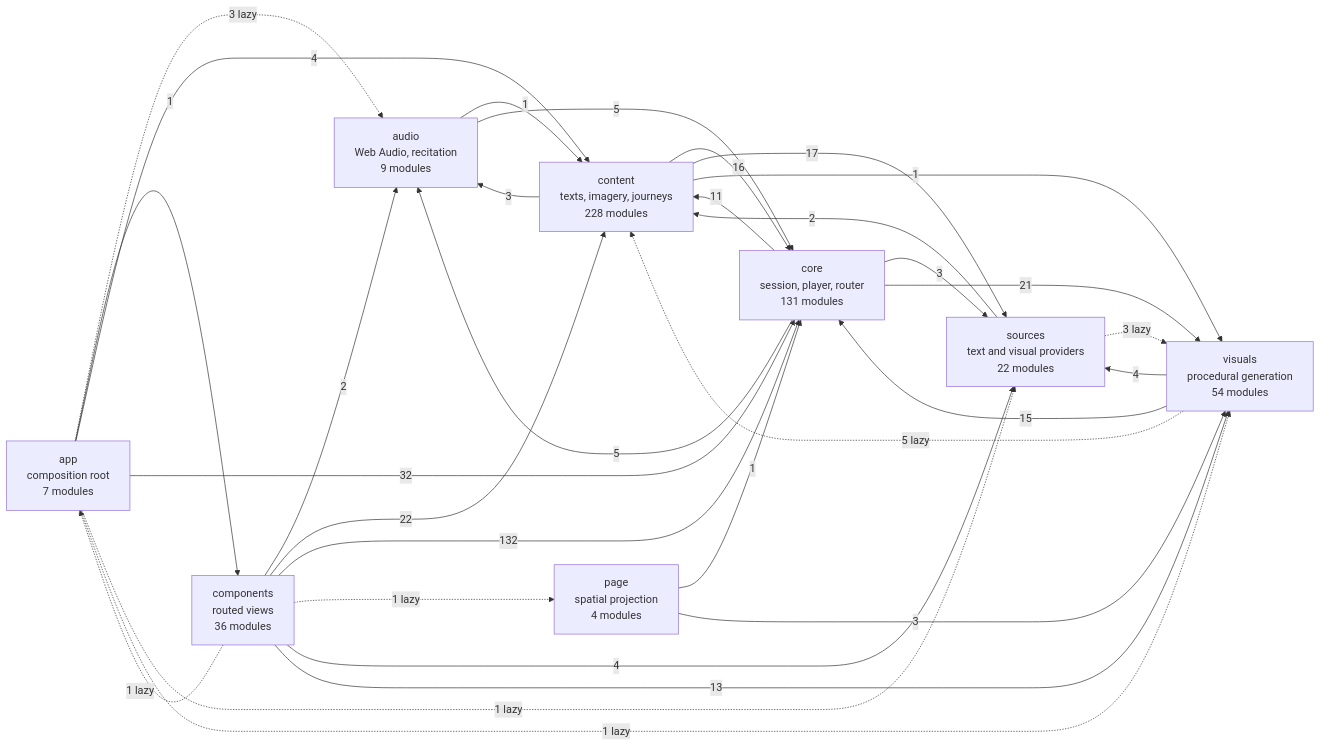
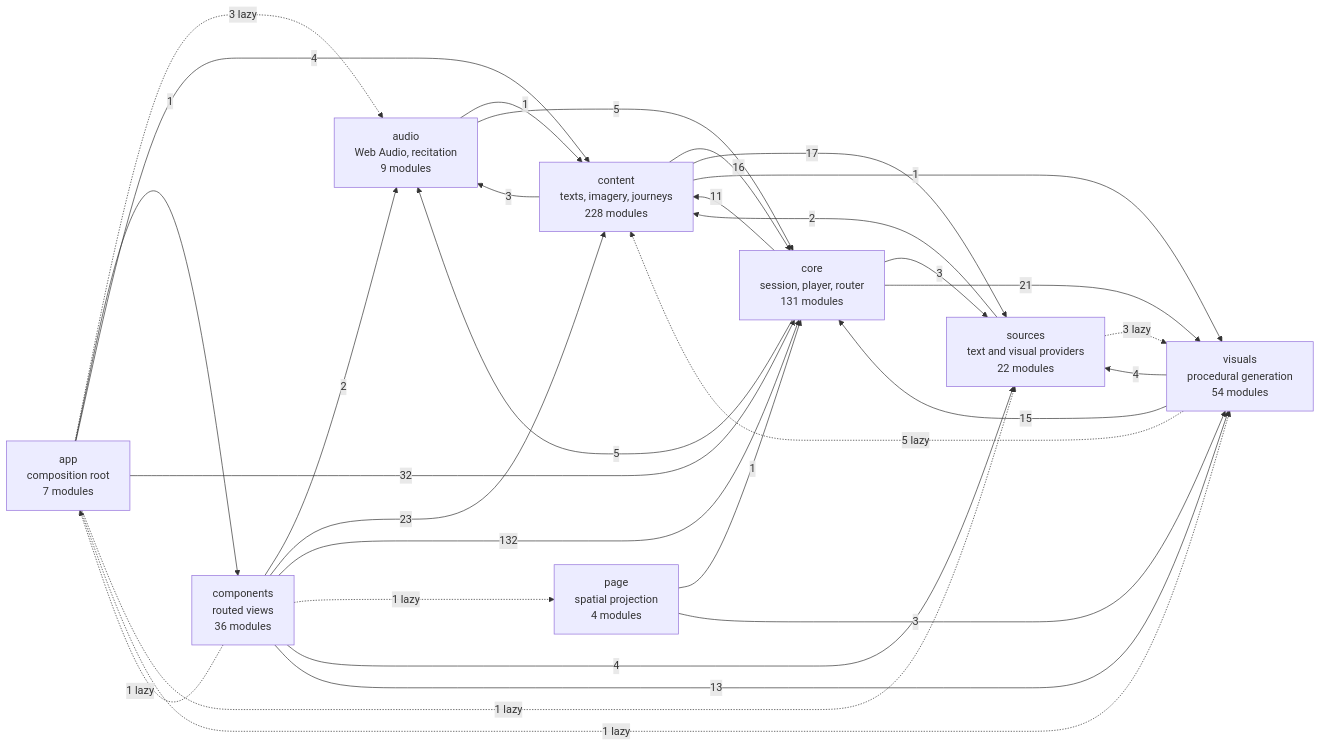
Before and after one commit to SyberLabs/RISE: the diagram in docs/specs/ARCHITECTURE.md, drawn with Mermaid. The commit also changed 21 other files, not shown here.

````diff
--- a/docs/specs/ARCHITECTURE.md
+++ b/docs/specs/ARCHITECTURE.md
@@ -160,42 +160,42 @@
 ```mermaid
 flowchart LR
     app["app<br/>composition root<br/>7 modules"]
     audio["audio<br/>Web Audio, recitation<br/>9 modules"]
     components["components<br/>routed views<br/>36 modules"]
     content["content<br/>texts, imagery, journeys<br/>228 modules"]
     core["core<br/>session, player, router<br/>131 modules"]
     page["page<br/>spatial projection<br/>4 modules"]
     sources["sources<br/>text and visual providers<br/>22 modules"]
     visuals["visuals<br/>procedural generation<br/>54 modules"]
 
     app -.-> |3 lazy| audio
     app --> |1| components
     app --> |4| content
     app --> |32| core
     app -.-> |1 lazy| sources
     app -.-> |1 lazy| visuals
     audio --> |1| content
     audio --> |5| core
     components -.-> |1 lazy| app
     components --> |2| audio
-    components --> |22| content
+    components --> |23| content
     components --> |132| core
     components -.-> |1 lazy| page
     components --> |4| sources
     components --> |13| visuals
     content --> |3| audio
     content --> |16| core
     content --> |17| sources
     content --> |1| visuals
     core --> |5| audio
     core --> |11| content
     core --> |3| sources
     core --> |21| visuals
     page --> |1| core
     page --> |3| visuals
     sources --> |2| content
     sources -.-> |3 lazy| visuals
     visuals -.-> |5 lazy| content
     visuals --> |15| core
     visuals --> |4| sources
 ```
````
